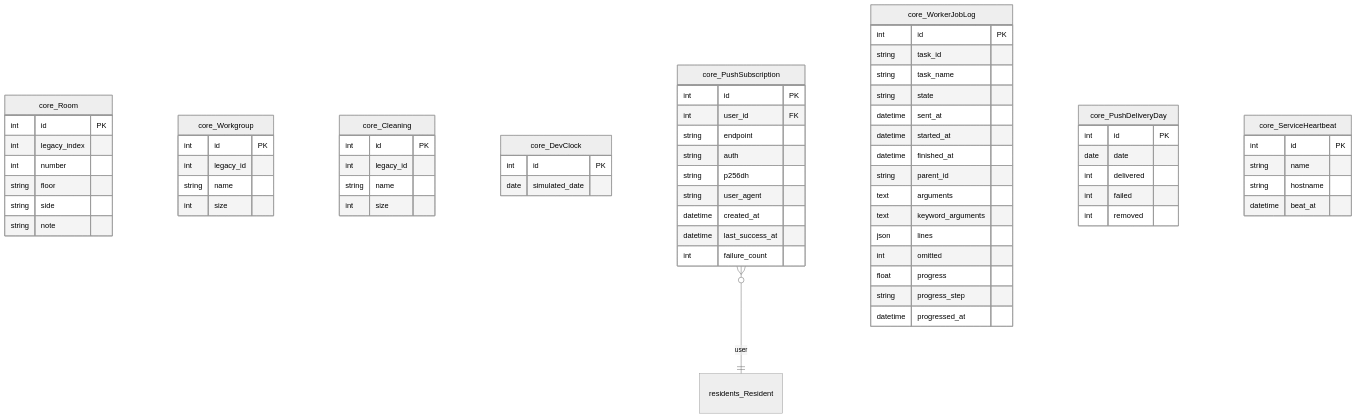
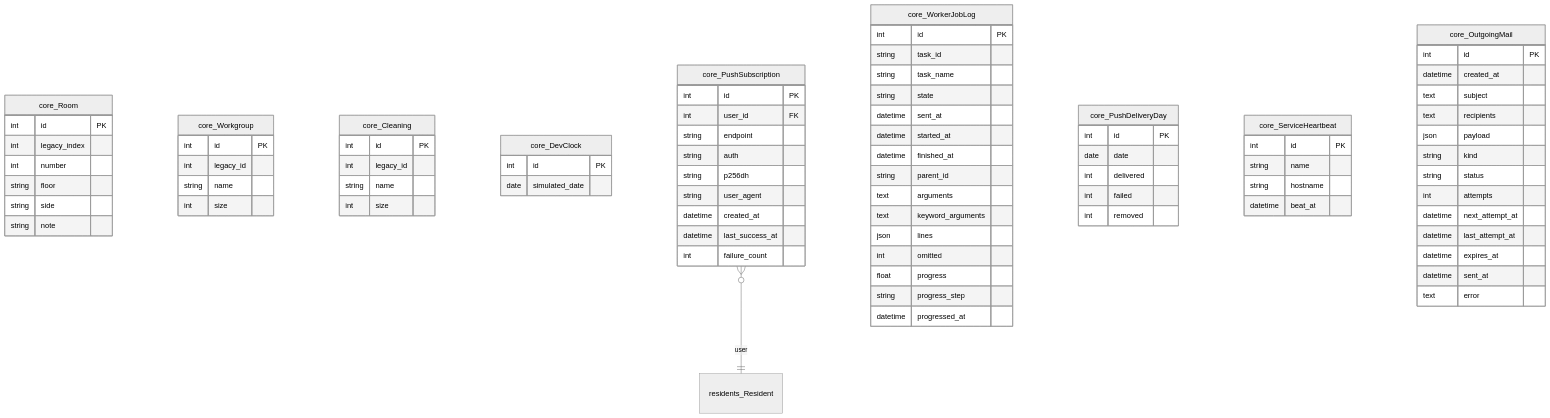
Before and after one commit to GAHK-org/gahk_intern: the sixth of 18 diagrams in docs/erd.md, drawn with Mermaid (neutral theme). The commit also changed other lines of this file and 32 other files, not shown here.

```diff
--- a/docs/erd.md
+++ b/docs/erd.md
@@ -1431,6 +1460,22 @@
         datetime beat_at
     }
 
+    core_OutgoingMail {
+        int id PK
+        datetime created_at
+        text subject
+        text recipients
+        json payload
+        string kind
+        string status
+        int attempts
+        datetime next_attempt_at
+        datetime last_attempt_at
+        datetime expires_at
+        datetime sent_at
+        text error
+    }
+
     residents_Resident { }
 
     core_PushSubscription }o--|| residents_Resident : "user"
```
